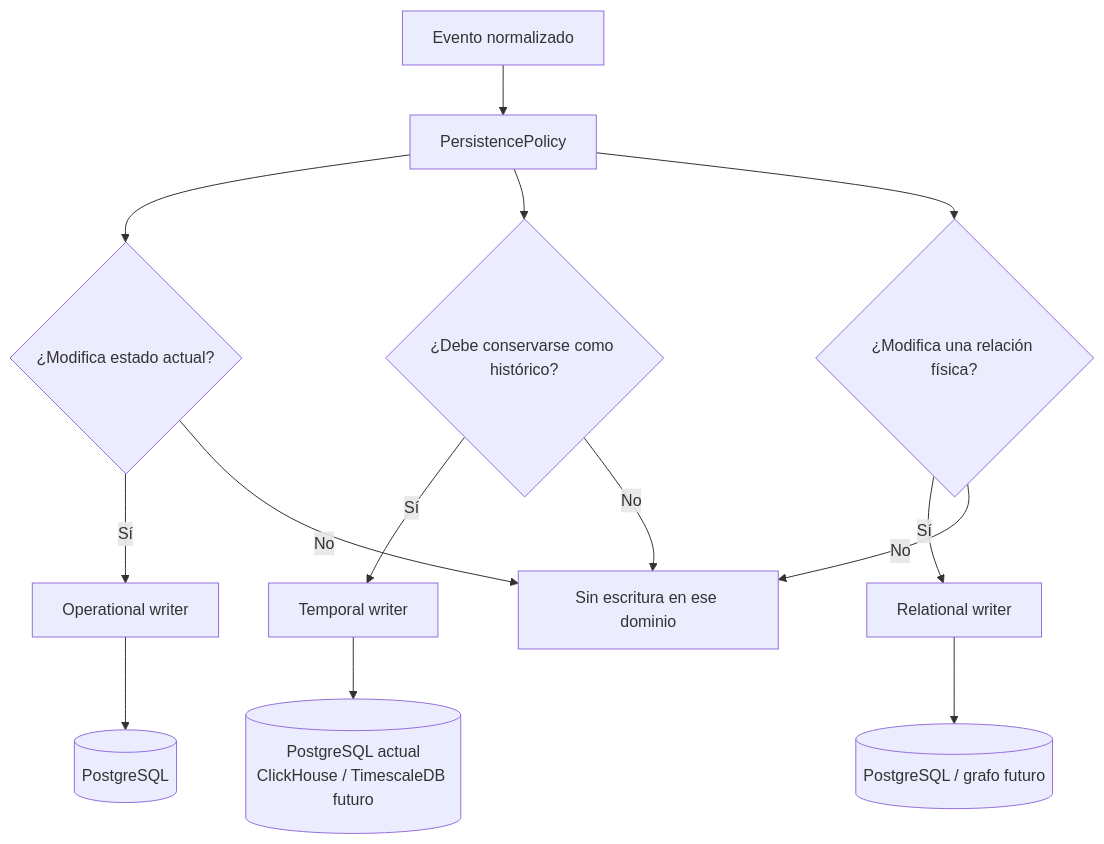
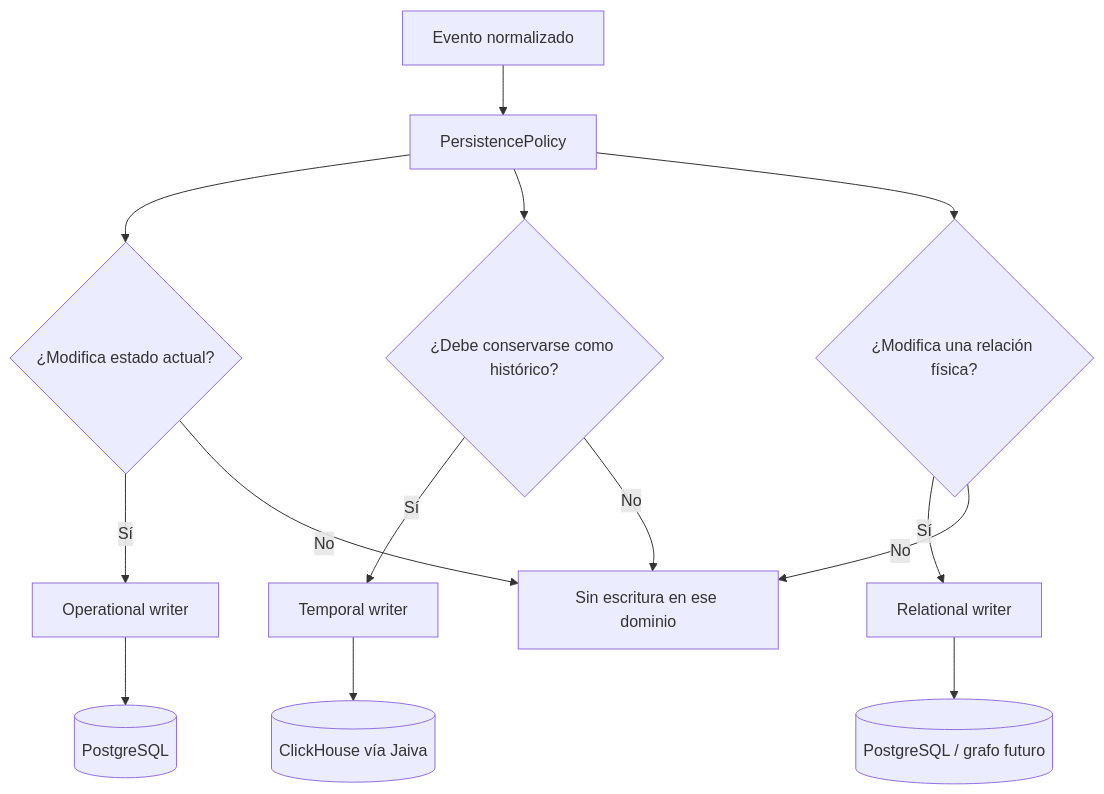
The sixth of 9 diagrams in core/rs/ARCHITECTURE.md (dfr2098/broder), drawn with Mermaid before and after one commit. The commit also changed other lines of this file and 28 other files, not shown here.

First line of the commit message:
Replace PostgreSQL temporal store with ClickHouse via Jaiva.

````diff
--- a/core/rs/ARCHITECTURE.md
+++ b/core/rs/ARCHITECTURE.md
@@ -287,19 +288,19 @@
 ```mermaid
 flowchart TD
     EVENT[Evento normalizado] --> POLICY[PersistencePolicy]
     POLICY --> OP{¿Modifica estado actual?}
     POLICY --> HIS{¿Debe conservarse como histórico?}
     POLICY --> GRA{¿Modifica una relación física?}
 
     OP -->|Sí| OPW[Operational writer]
     HIS -->|Sí| HISW[Temporal writer]
     GRA -->|Sí| GRAW[Relational writer]
 
     OPW --> PG[(PostgreSQL)]
-    HISW --> TS[(PostgreSQL actual<br/>ClickHouse / TimescaleDB futuro)]
+    HISW --> TS[(ClickHouse vía Jaiva)]
     GRAW --> GRAPH[(PostgreSQL / grafo futuro)]
 
     OP -->|No| END[Sin escritura en ese dominio]
     HIS -->|No| END
     GRA -->|No| END
 ```
````
